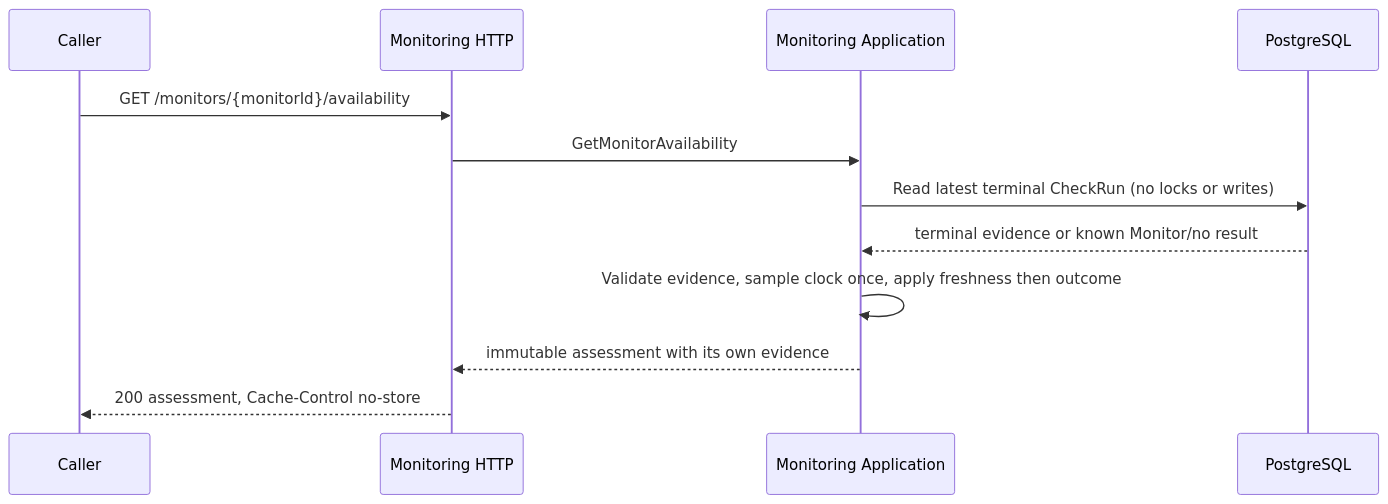
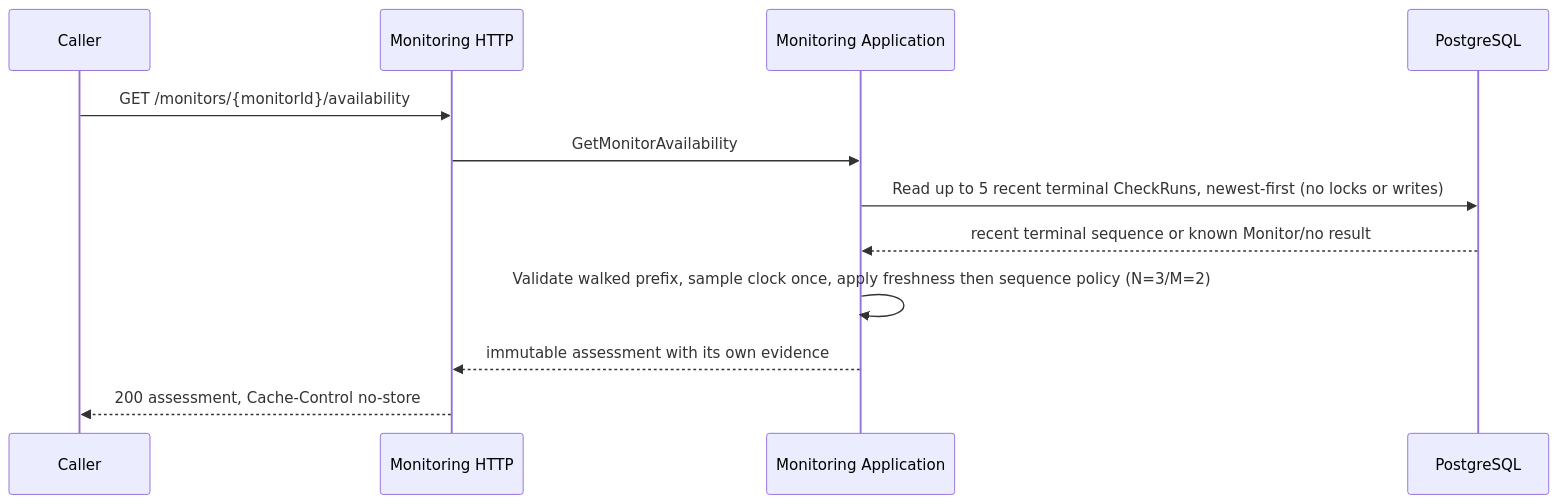
One commit to kefyusuf/uptime-lab changed the fifth of 7 diagrams in docs/architecture/runtime-flows.md. Above: the diagram before and after it, drawn with Mermaid. The commit also changed other lines of this file and 36 other files, not shown here.

First line of the commit message:
feat(api): assess confirmation/recovery availability over recent evidence

````diff
--- a/docs/architecture/runtime-flows.md
+++ b/docs/architecture/runtime-flows.md
@@ -108,14 +108,14 @@
 ```mermaid
 sequenceDiagram
     participant Caller
     participant Go as Monitoring HTTP
     participant App as Monitoring Application
     participant DB as PostgreSQL
     Caller->>Go: GET /monitors/{monitorId}/availability
     Go->>App: GetMonitorAvailability
-    App->>DB: Read latest terminal CheckRun (no locks or writes)
-    DB-->>App: terminal evidence or known Monitor/no result
-    App->>App: Validate evidence, sample clock once, apply freshness then outcome
+    App->>DB: Read up to 5 recent terminal CheckRuns, newest-first (no locks or writes)
+    DB-->>App: recent terminal sequence or known Monitor/no result
+    App->>App: Validate walked prefix, sample clock once, apply freshness then sequence policy (N=3/M=2)
     App-->>Go: immutable assessment with its own evidence
     Go-->>Caller: 200 assessment, Cache-Control no-store
 ```
````
